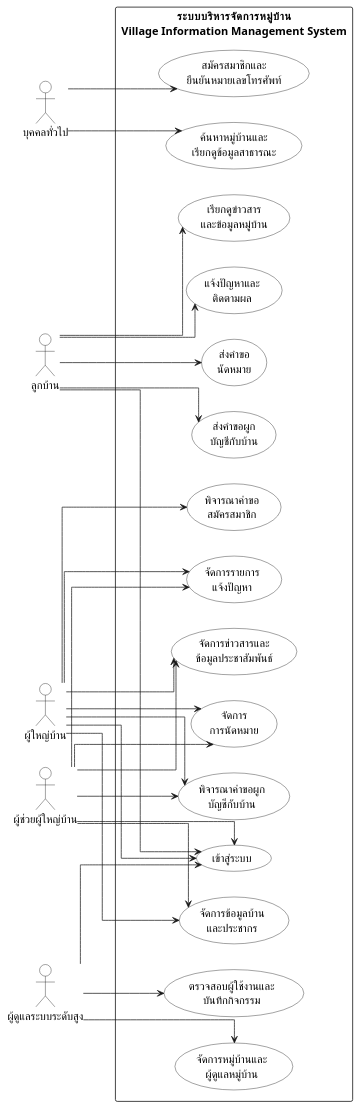
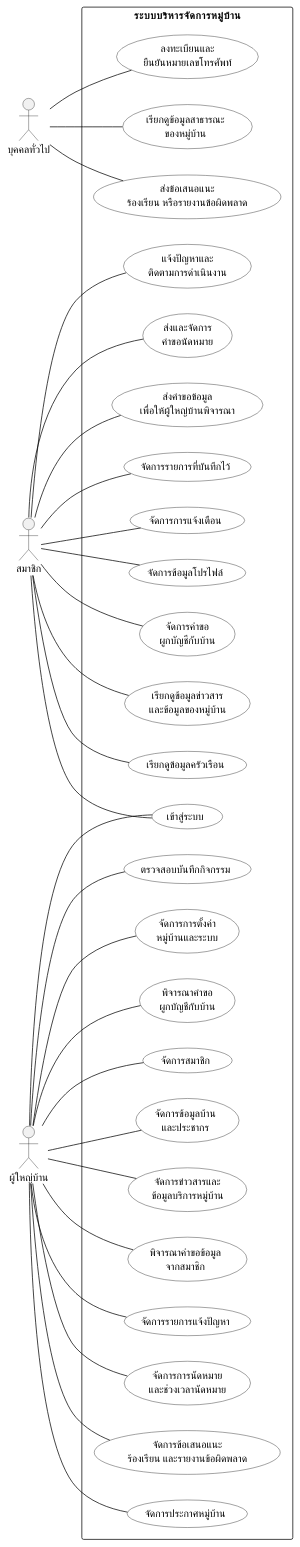
The diagram in public/brand/usecasesystem.puml (Yimnastiz/village_management), drawn with PlantUML before and after one commit. The commit also changed 7 other files, not shown here.

```diff
--- a/public/brand/usecasesystem.puml
+++ b/public/brand/usecasesystem.puml
@@ -1,107 +1,98 @@
 @startuml
-
 left to right direction
 
-skinparam backgroundColor white
+skinparam monochrome true
 skinparam shadowing false
-skinparam defaultFontName "Tahoma"
-skinparam defaultFontSize 15
 skinparam packageStyle rectangle
-skinparam linetype ortho
-
-skinparam actor {
-    BackgroundColor white
-    BorderColor black
-    FontColor black
-}
-
+skinparam actorStyle stickman
 skinparam usecase {
     BackgroundColor white
     BorderColor black
-    FontColor black
+    ArrowColor black
 }
-
 skinparam rectangle {
     BackgroundColor white
     BorderColor black
-    FontColor black
 }
 
 actor "บุคคลทั่วไป" as Guest
-
-actor "ลูกบ้าน" as Resident
-
+actor "สมาชิก" as Resident
 actor "ผู้ใหญ่บ้าน" as Headman
 
-actor "ผู้ช่วยผู้ใหญ่บ้าน" as Assistant
+rectangle "ระบบบริหารจัดการหมู่บ้าน" {
 
-actor "ผู้ดูแลระบบระดับสูง" as SuperAdmin
+    ' =========================
+    ' บุคคลทั่วไป
+    ' =========================
+    usecase "ลงทะเบียนและ\nยืนยันหมายเลขโทรศัพท์" as UC01
+    usecase "เรียกดูข้อมูลสาธารณะ\nของหมู่บ้าน" as UC02
+    usecase "ส่งข้อเสนอแนะ\nร้องเรียน หรือรายงานข้อผิดพลาด" as UC03
 
+    ' =========================
+    ' สมาชิก
+    ' =========================
+    usecase "เข้าสู่ระบบ" as UC04
+    usecase "จัดการคำขอ\nผูกบัญชีกับบ้าน" as UC05
+    usecase "เรียกดูข้อมูลข่าวสาร\nและข้อมูลของหมู่บ้าน" as UC06
+    usecase "เรียกดูข้อมูลครัวเรือน" as UC07
+    usecase "แจ้งปัญหาและ\nติดตามการดำเนินงาน" as UC08
+    usecase "ส่งและจัดการ\nคำขอนัดหมาย" as UC09
+    usecase "ส่งคำขอข้อมูล\nเพื่อให้ผู้ใหญ่บ้านพิจารณา" as UC10
+    usecase "จัดการรายการที่บันทึกไว้" as UC11
+    usecase "จัดการการแจ้งเตือน" as UC12
+    usecase "จัดการข้อมูลโปรไฟล์" as UC13
 
-rectangle "ระบบบริหารจัดการหมู่บ้าน\nVillage Information Management System" as VillageSystem {
-
-    usecase "เข้าสู่ระบบ" as UC01
-
-    usecase "ค้นหาหมู่บ้านและ\nเรียกดูข้อมูลสาธารณะ" as UC02
-
-    usecase "สมัครสมาชิกและ\nยืนยันหมายเลขโทรศัพท์" as UC03
-
-    usecase "พิจารณาคำขอ\nสมัครสมาชิก" as UC04
-
-    usecase "ส่งคำขอผูก\nบัญชีกับบ้าน" as UC05
-
-    usecase "พิจารณาคำขอผูก\nบัญชีกับบ้าน" as UC06
-
-    usecase "จัดการข้อมูลบ้าน\nและประชากร" as UC07
-
-    usecase "เรียกดูข่าวสาร\nและข้อมูลหมู่บ้าน" as UC08
-
-    usecase "จัดการข่าวสารและ\nข้อมูลประชาสัมพันธ์" as UC09
-
-    usecase "แจ้งปัญหาและ\nติดตามผล" as UC10
-
-    usecase "จัดการรายการ\nแจ้งปัญหา" as UC11
-
-    usecase "ส่งคำขอ\nนัดหมาย" as UC12
-
-    usecase "จัดการ\nการนัดหมาย" as UC13
-
-    usecase "จัดการหมู่บ้านและ\nผู้ดูแลหมู่บ้าน" as UC14
-
-    usecase "ตรวจสอบผู้ใช้งานและ\nบันทึกกิจกรรม" as UC15
+    ' =========================
+    ' ผู้ใหญ่บ้าน
+    ' =========================
+    usecase "พิจารณาคำขอ\nผูกบัญชีกับบ้าน" as UC14
+    usecase "จัดการสมาชิก" as UC15
+    usecase "จัดการข้อมูลบ้าน\nและประชากร" as UC16
+    usecase "จัดการข่าวสารและ\nข้อมูลบริการหมู่บ้าน" as UC17
+    usecase "พิจารณาคำขอข้อมูล\nจากสมาชิก" as UC18
+    usecase "จัดการรายการแจ้งปัญหา" as UC19
+    usecase "จัดการการนัดหมาย\nและช่วงเวลานัดหมาย" as UC20
+    usecase "จัดการข้อเสนอแนะ\nร้องเรียน และรายงานข้อผิดพลาด" as UC21
+    usecase "จัดการประกาศหมู่บ้าน" as UC22
+    usecase "ตรวจสอบบันทึกกิจกรรม" as UC23
+    usecase "จัดการการตั้งค่า\nหมู่บ้านและระบบ" as UC24
 }
 
+' =========================
+' ความสัมพันธ์ของบุคคลทั่วไป
+' =========================
+Guest -- UC01
+Guest -- UC02
+Guest -- UC03
 
-Guest --> UC02
-Guest --> UC03
+' =========================
+' ความสัมพันธ์ของสมาชิก
+' =========================
+Resident -- UC04
+Resident -- UC05
+Resident -- UC06
+Resident -- UC07
+Resident -- UC08
+Resident -- UC09
+Resident -- UC10
+Resident -- UC11
+Resident -- UC12
+Resident -- UC13
 
-
-Resident --> UC01
-Resident --> UC05
-Resident --> UC08
-Resident --> UC10
-Resident --> UC12
-
-
-Headman --> UC01
-Headman --> UC04
-Headman --> UC06
-Headman --> UC07
-Headman --> UC09
-Headman --> UC11
-Headman --> UC13
-
-
-Assistant --> UC01
-Assistant --> UC06
-Assistant --> UC07
-Assistant --> UC09
-Assistant --> UC11
-Assistant --> UC13
-
-
-SuperAdmin --> UC01
-SuperAdmin --> UC14
-SuperAdmin --> UC15
+' =========================
+' ความสัมพันธ์ของผู้ใหญ่บ้าน
+' =========================
+Headman -- UC04
+Headman -- UC14
+Headman -- UC15
+Headman -- UC16
+Headman -- UC17
+Headman -- UC18
+Headman -- UC19
+Headman -- UC20
+Headman -- UC21
+Headman -- UC22
+Headman -- UC23
+Headman -- UC24
 
 @enduml
```
